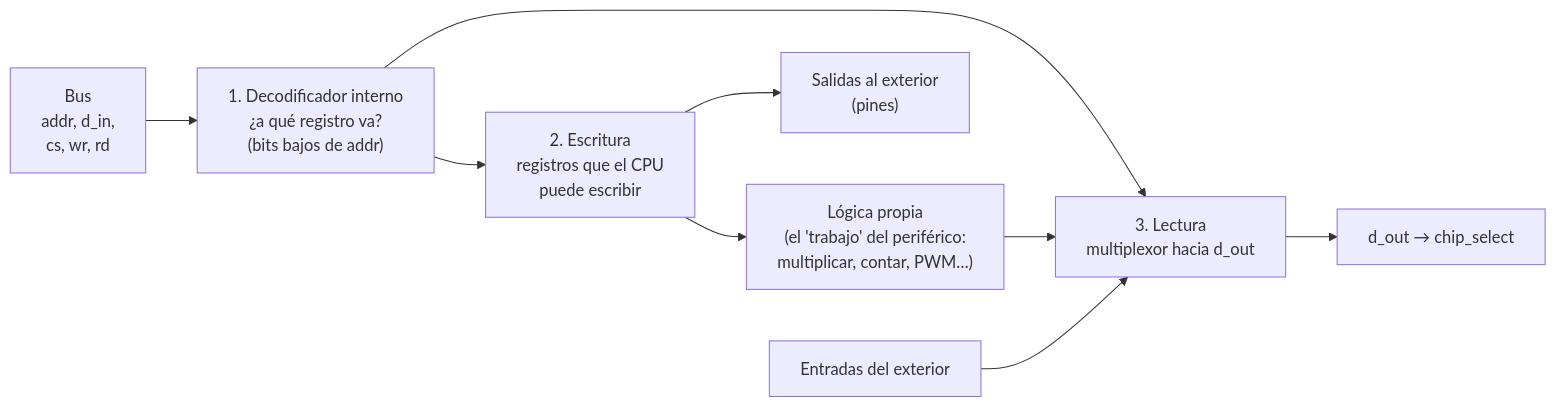
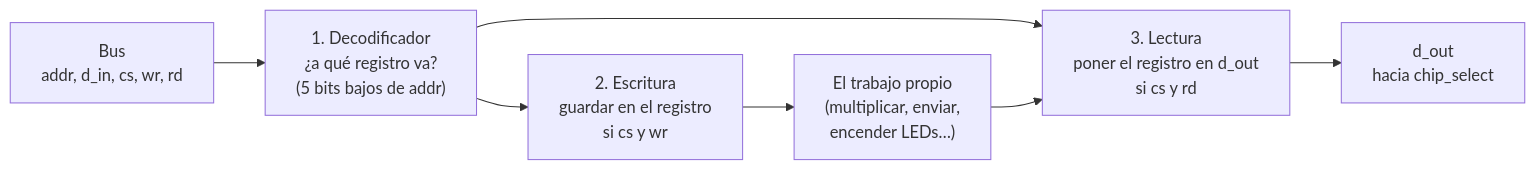
Before and after one commit to afgalindor1/Laboratorio_Digital_2026_2_G9_G10: the fourth of 4 diagrams in Labs/lab-femtorv/lab-femtorv/Fundamentos/02_Bus_y_perifericos.md, drawn with Mermaid. The commit also changed other lines of this file and 7 other files, not shown here.

````diff
--- a/Labs/lab-femtorv/lab-femtorv/Fundamentos/02_Bus_y_perifericos.md
+++ b/Labs/lab-femtorv/lab-femtorv/Fundamentos/02_Bus_y_perifericos.md
@@ -176,11 +193,9 @@
 ```mermaid
 flowchart LR
-    BUS["Bus<br/>addr, d_in,<br/>cs, wr, rd"] --> DEC["1. Decodificador interno<br/>¿a qué registro va?<br/>(bits bajos de addr)"]
-    DEC --> WR["2. Escritura<br/>registros que el CPU<br/>puede escribir"]
-    DEC --> RD["3. Lectura<br/>multiplexor hacia d_out"]
-    WR --> CORE["Lógica propia<br/>(el 'trabajo' del periférico:<br/>multiplicar, contar, PWM…)"]
-    CORE --> RD
-    WR --> OUT["Salidas al exterior<br/>(pines)"]
-    IN["Entradas del exterior"] --> RD
-    RD --> DOUT["d_out → chip_select"]
+    BUS["Bus<br/>addr, d_in, cs, wr, rd"] --> DEC["1. Decodificador<br/>¿a qué registro va?<br/>(5 bits bajos de addr)"]
+    DEC --> WR["2. Escritura<br/>guardar en el registro<br/>si cs y wr"]
+    DEC --> RD["3. Lectura<br/>poner el registro en d_out<br/>si cs y rd"]
+    WR --> TRAB["El trabajo propio<br/>(multiplicar, enviar,<br/>encender LEDs…)"]
+    TRAB --> RD
+    RD --> OUT["d_out<br/>hacia chip_select"]
 ```
````
